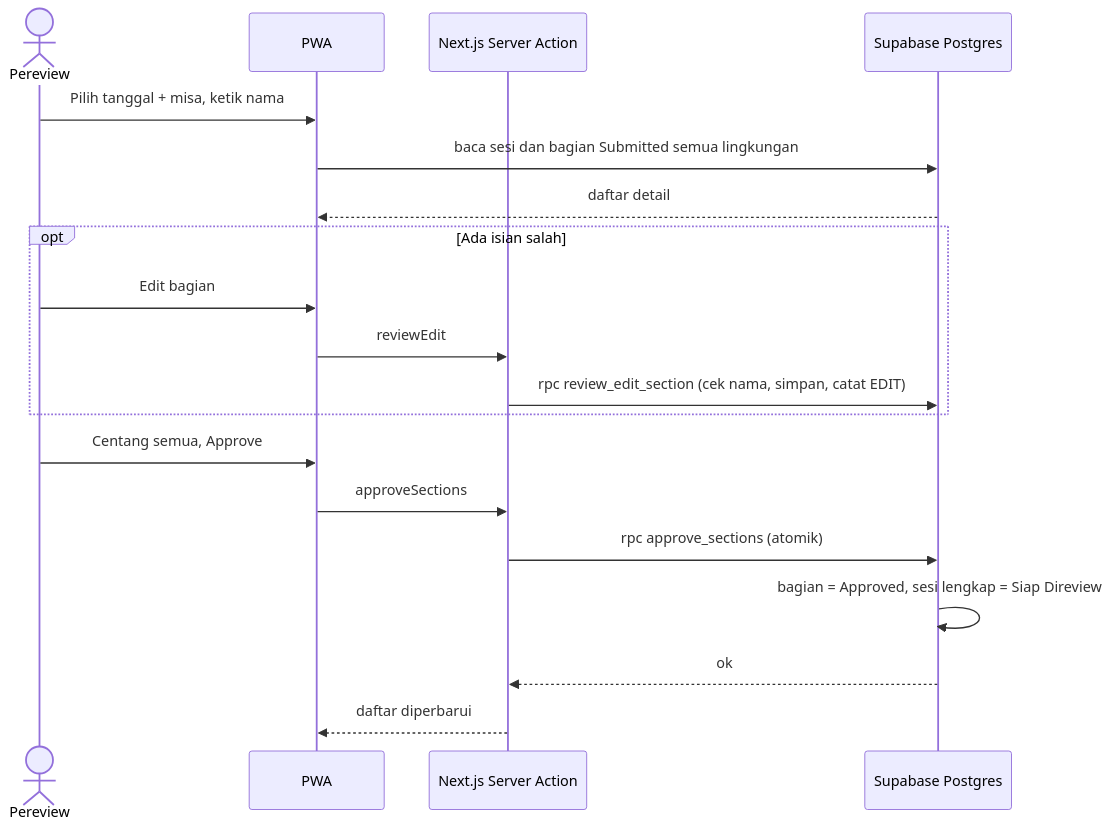
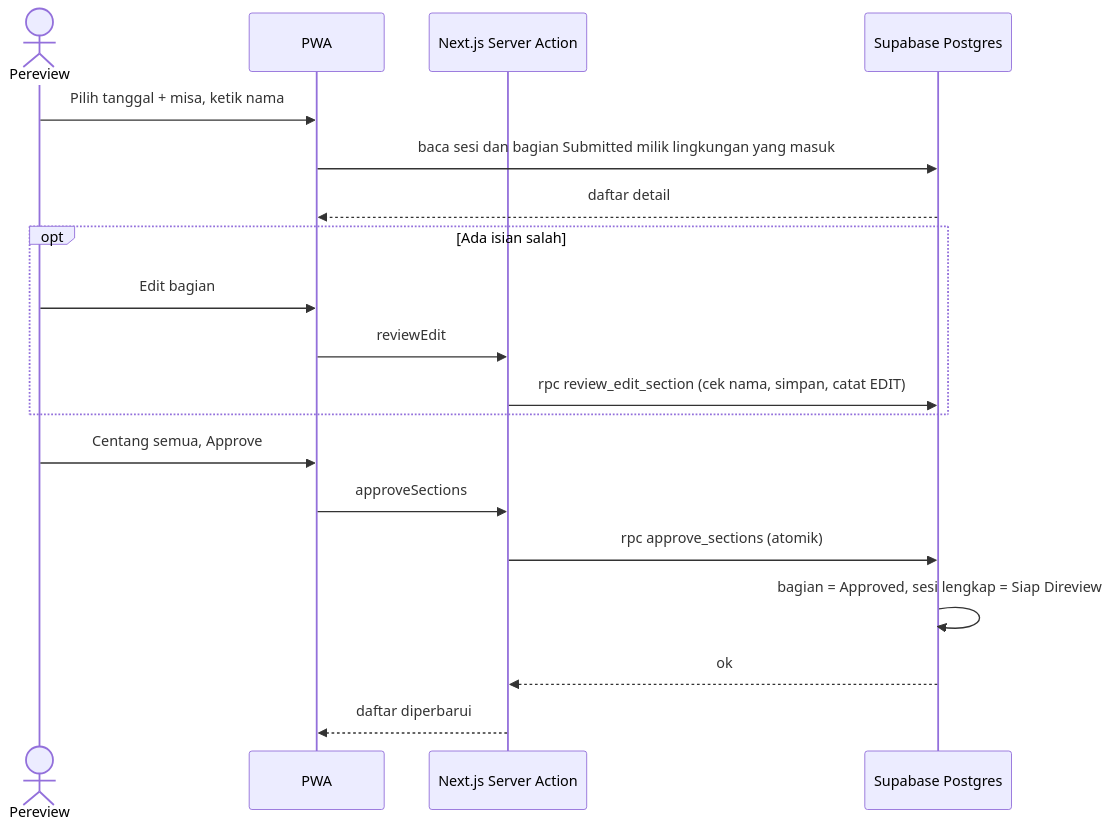
The ninth of 12 diagrams in docs/PRD_Sistem_Kolekte.md (vicaanne2014/kolekte.ygp), drawn with Mermaid before and after one commit. The commit also changed other lines of this file and 21 other files, not shown here.

First line of the commit message:
Login PWA lingkungan + PIN, Lingkungan jadi master CRUD, laporan per lingkungan

````diff
--- a/docs/PRD_Sistem_Kolekte.md
+++ b/docs/PRD_Sistem_Kolekte.md
@@ -336,22 +366,22 @@
 ```mermaid
 sequenceDiagram
     actor Rev as Pereview
     participant PWA
     participant API as Next.js Server Action
     participant DB as Supabase Postgres
 
     Rev->>PWA: Pilih tanggal + misa, ketik nama
-    PWA->>DB: baca sesi dan bagian Submitted semua lingkungan
+    PWA->>DB: baca sesi dan bagian Submitted milik lingkungan yang masuk
     DB-->>PWA: daftar detail
     opt Ada isian salah
         Rev->>PWA: Edit bagian
         PWA->>API: reviewEdit
         API->>DB: rpc review_edit_section (cek nama, simpan, catat EDIT)
     end
     Rev->>PWA: Centang semua, Approve
     PWA->>API: approveSections
     API->>DB: rpc approve_sections (atomik)
     DB->>DB: bagian = Approved, sesi lengkap = Siap Direview
     DB-->>API: ok
     API-->>PWA: daftar diperbarui
 ```
````
